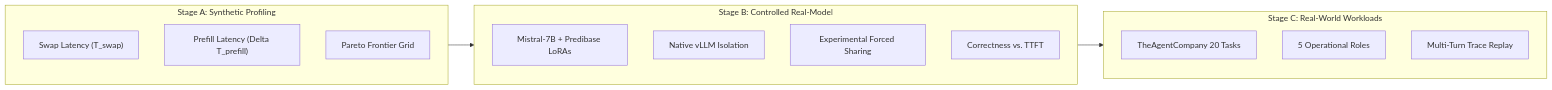
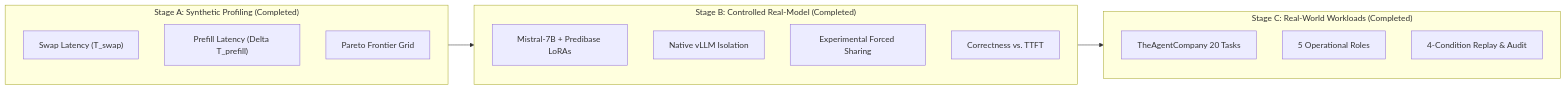
One commit to chengolivia/locality-dilemma changed the diagram in README.md. Above: the diagram before and after it, drawn with Mermaid. The commit also changed other lines of this file, not shown here.

Commit message:
update readme wih completed project status

````diff
--- a/README.md
+++ b/README.md
@@ -30,23 +30,23 @@
 ```mermaid
 flowchart LR
-    subgraph A["Stage A: Synthetic Profiling"]
+    subgraph A["Stage A: Synthetic Profiling (Completed)"]
         A1["Swap Latency (T_swap)"]
         A2["Prefill Latency (Delta T_prefill)"]
         A3["Pareto Frontier Grid"]
     end
 
-    subgraph B["Stage B: Controlled Real-Model"]
+    subgraph B["Stage B: Controlled Real-Model (Completed)"]
         B1["Mistral-7B + Predibase LoRAs"]
         B2["Native vLLM Isolation"]
         B3["Experimental Forced Sharing"]
         B4["Correctness vs. TTFT"]
     end
 
-    subgraph C["Stage C: Real-World Workloads"]
+    subgraph C["Stage C: Real-World Workloads (Completed)"]
         C1["TheAgentCompany 20 Tasks"]
         C2["5 Operational Roles"]
-        C3["Multi-Turn Trace Replay"]
+        C3["4-Condition Replay & Audit"]
     end
 
     A --> B --> C
 ```
````
